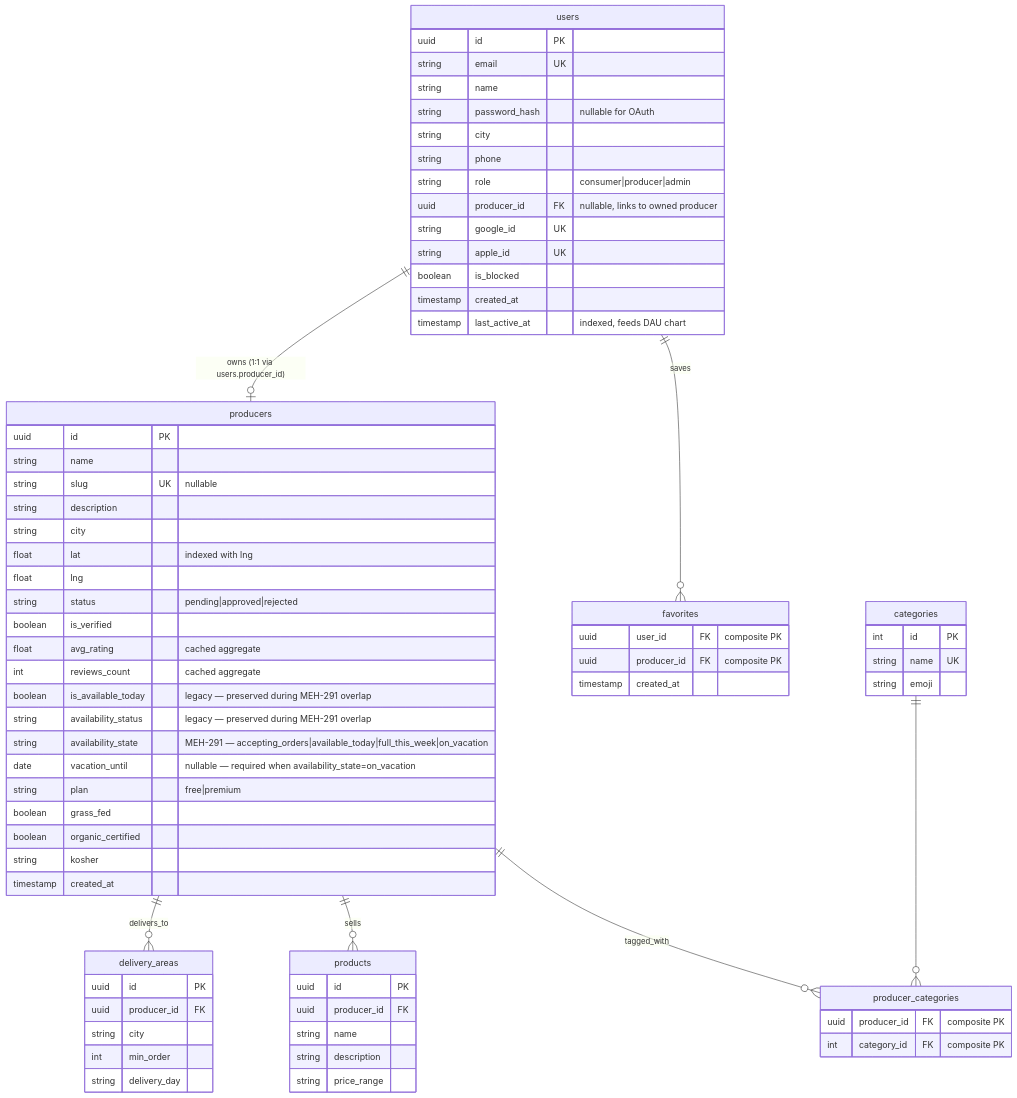
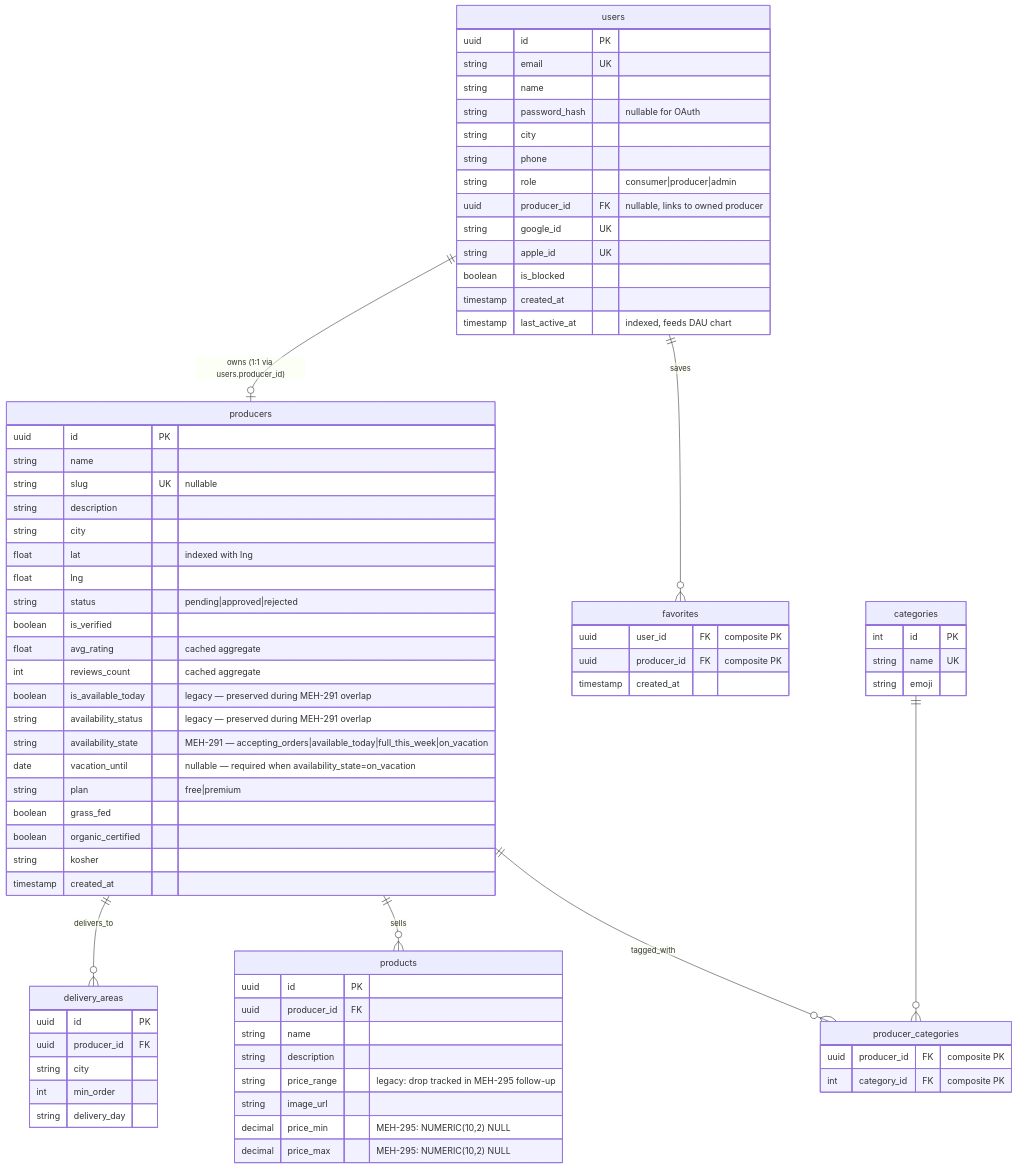
The first of 4 diagrams in .ai/diagrams/db-schema.md (levismadar80-ship-it/FoodMamkor), drawn with Mermaid before and after one commit. The commit also changed 4 other files, not shown here.

```diff
--- a/.ai/diagrams/db-schema.md
+++ b/.ai/diagrams/db-schema.md
@@ -71,7 +71,10 @@
         uuid producer_id FK
         string name
         string description
-        string price_range
+        string price_range "legacy: drop tracked in MEH-295 follow-up"
+        string image_url
+        decimal price_min "MEH-295: NUMERIC(10,2) NULL"
+        decimal price_max "MEH-295: NUMERIC(10,2) NULL"
     }
 
     delivery_areas {
```
